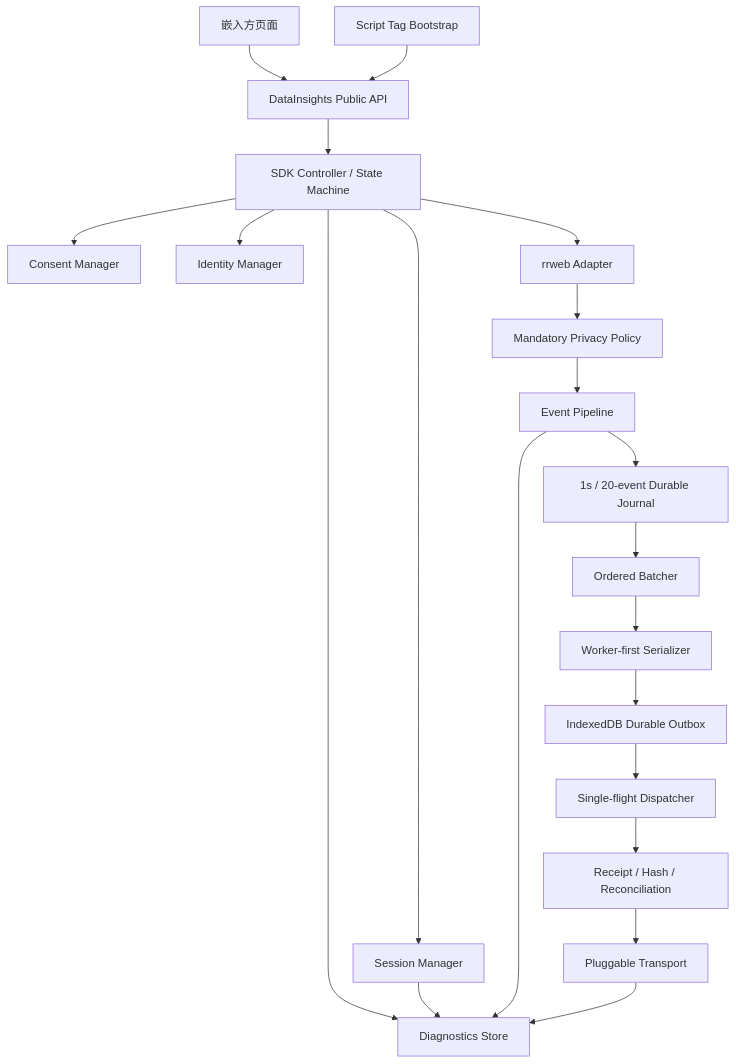
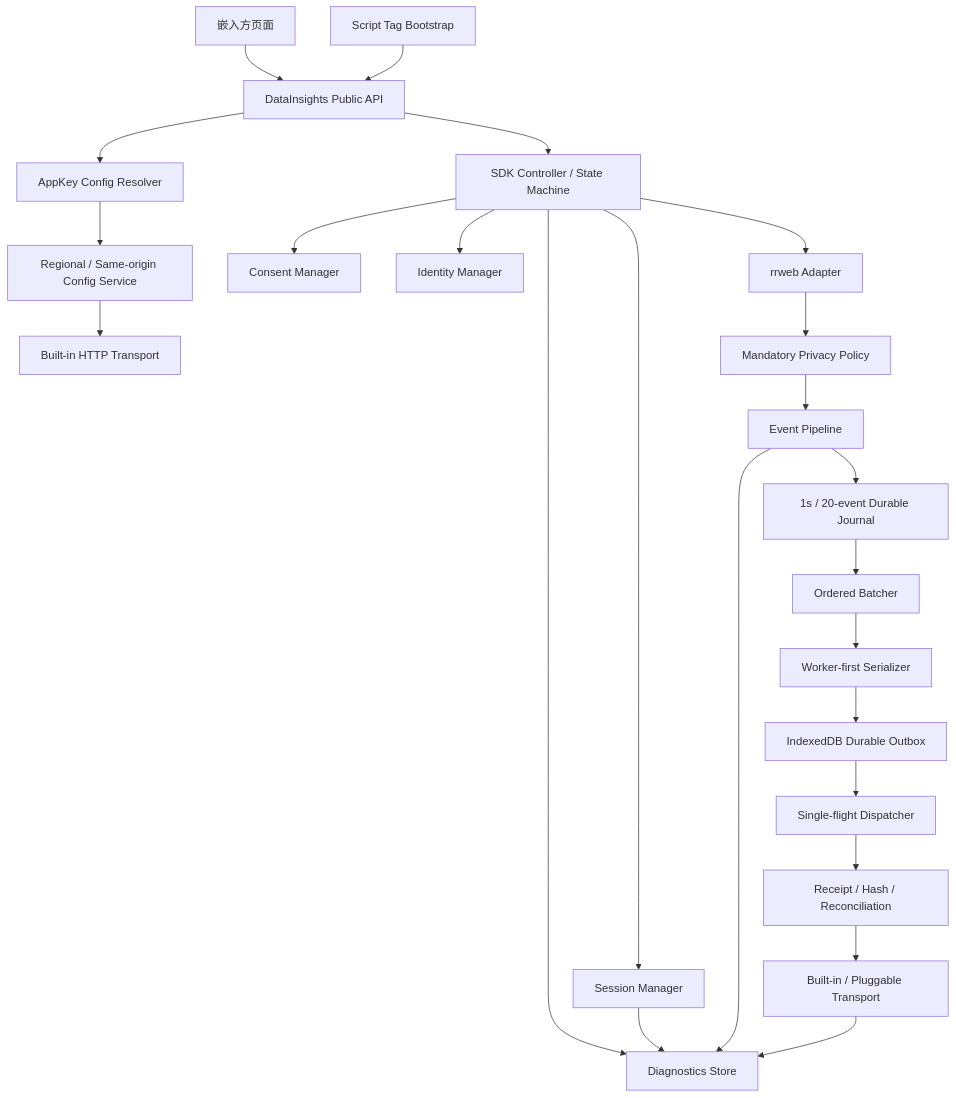
One commit to fastdonkey/rrweb changed the first of 3 diagrams in openspec/changes/di-1001/design.md. Above: the diagram before and after it, drawn with Mermaid. The commit also changed other lines of this file and 2 other files, not shown here.

````diff
--- a/openspec/changes/di-1001/design.md
+++ b/openspec/changes/di-1001/design.md
@@ -153,23 +181,26 @@
 ```mermaid
 flowchart TB
     Host[嵌入方页面] --> API[DataInsights Public API]
     Script[Script Tag Bootstrap] --> API
+    API --> Resolver[AppKey Config Resolver]
+    Resolver --> Config[Regional / Same-origin Config Service]
+    Config --> HTTP[Built-in HTTP Transport]
     API --> Controller[SDK Controller / State Machine]
     Controller --> Consent[Consent Manager]
     Controller --> Identity[Identity Manager]
     Controller --> Session[Session Manager]
     Controller --> Recorder[rrweb Adapter]
     Recorder --> Privacy[Mandatory Privacy Policy]
     Privacy --> Pipeline[Event Pipeline]
     Pipeline --> Journal[1s / 20-event Durable Journal]
     Journal --> Batcher[Ordered Batcher]
     Batcher --> Serializer[Worker-first Serializer]
     Serializer --> Outbox[IndexedDB Durable Outbox]
     Outbox --> Queue[Single-flight Dispatcher]
     Queue --> Integrity[Receipt / Hash / Reconciliation]
-    Integrity --> Transport[Pluggable Transport]
+    Integrity --> Transport[Built-in / Pluggable Transport]
     Controller --> Diagnostics[Diagnostics Store]
     Session --> Diagnostics
     Pipeline --> Diagnostics
     Transport --> Diagnostics
 ```
````
